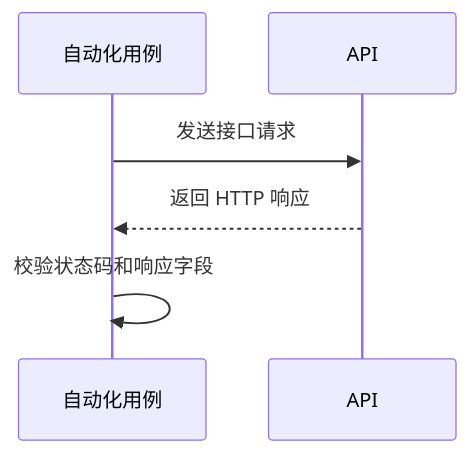
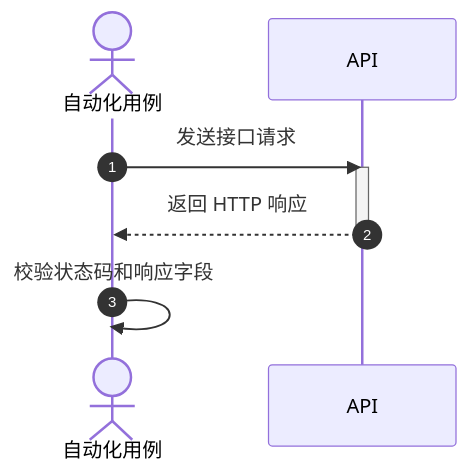
One commit to rockjh/dev-flow changed the diagram in skills/bru-api-test-generator/example/qa/contracts/modules/任务管理/CASES.md. Above: the diagram before and after it, drawn with Mermaid. The commit also changed 146 other files, not shown here.

````diff
--- a/skills/bru-api-test-generator/example/qa/contracts/modules/任务管理/CASES.md
+++ b/skills/bru-api-test-generator/example/qa/contracts/modules/任务管理/CASES.md
@@ -67,8 +67,11 @@
 ```mermaid
 sequenceDiagram
-    participant C as 自动化用例
+    autonumber
+    actor C as 自动化用例
     participant A as API
     C->>A: 发送接口请求
+    activate A
     A-->>C: 返回 HTTP 响应
+    deactivate A
     C->>C: 校验状态码和响应字段
 ```
````
